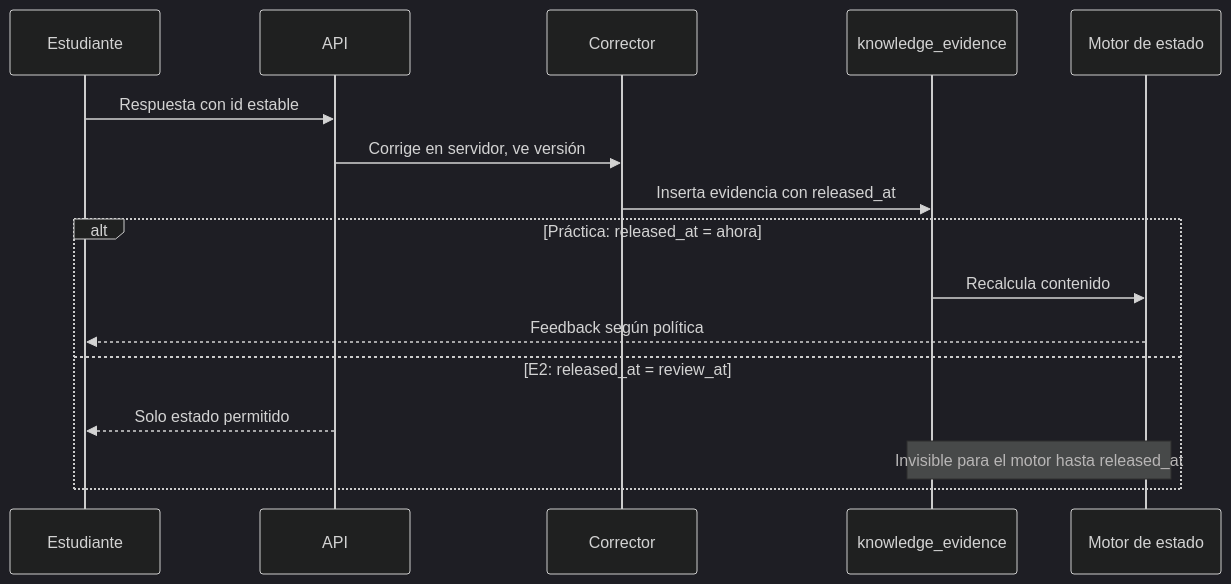
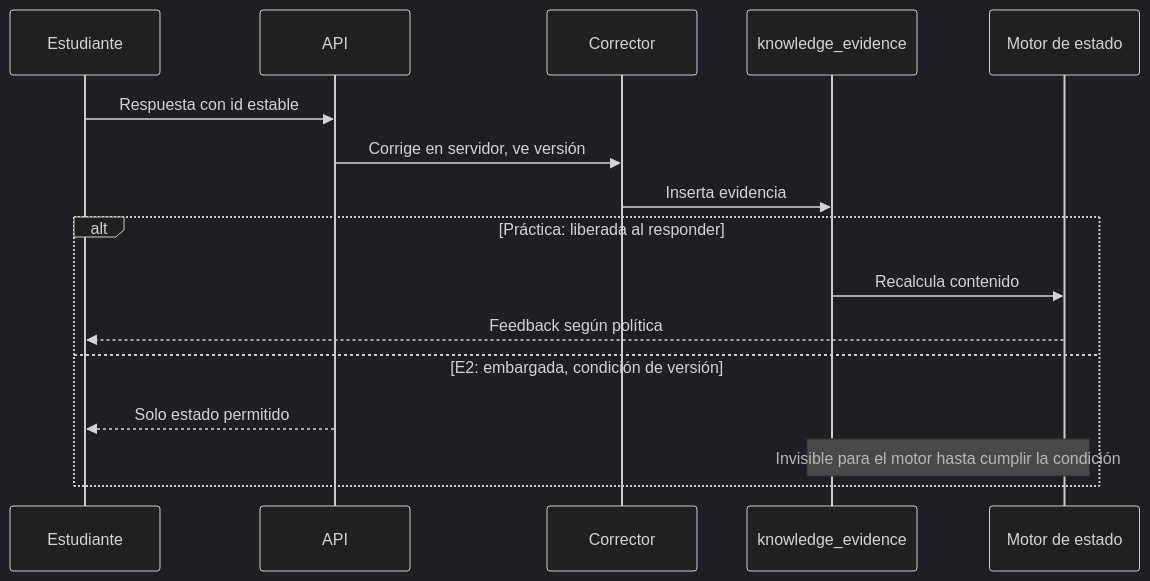
One commit to juanpablomonsalvezb-alt/brkl changed the first of 3 diagrams in docs/vortice/diseno-tecnico/03_MOTOR_DE_EVIDENCIAS.md. Above: the diagram before and after it, drawn with Mermaid (dark theme). The commit also changed other lines of this file and 11 other files, not shown here.

````diff
--- a/docs/vortice/diseno-tecnico/03_MOTOR_DE_EVIDENCIAS.md
+++ b/docs/vortice/diseno-tecnico/03_MOTOR_DE_EVIDENCIAS.md
@@ -23,18 +23,18 @@
 ```mermaid
 sequenceDiagram
   participant E as Estudiante
   participant A as API
   participant C as Corrector
   participant V as knowledge_evidence
   participant M as Motor de estado
   E->>A: Respuesta con id estable
   A->>C: Corrige en servidor, ve versión
-  C->>V: Inserta evidencia con released_at
-  alt Práctica: released_at = ahora
+  C->>V: Inserta evidencia
+  alt Práctica: liberada al responder
     V->>M: Recalcula contenido
     M-->>E: Feedback según política
-  else E2: released_at = review_at
+  else E2: embargada, condición de versión
     A-->>E: Solo estado permitido
-    Note over V,M: Invisible para el motor hasta released_at
+    Note over V,M: Invisible para el motor hasta cumplir la condición
   end
 ```
````
